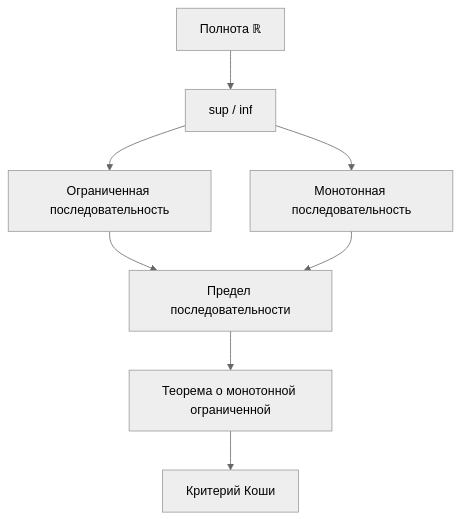
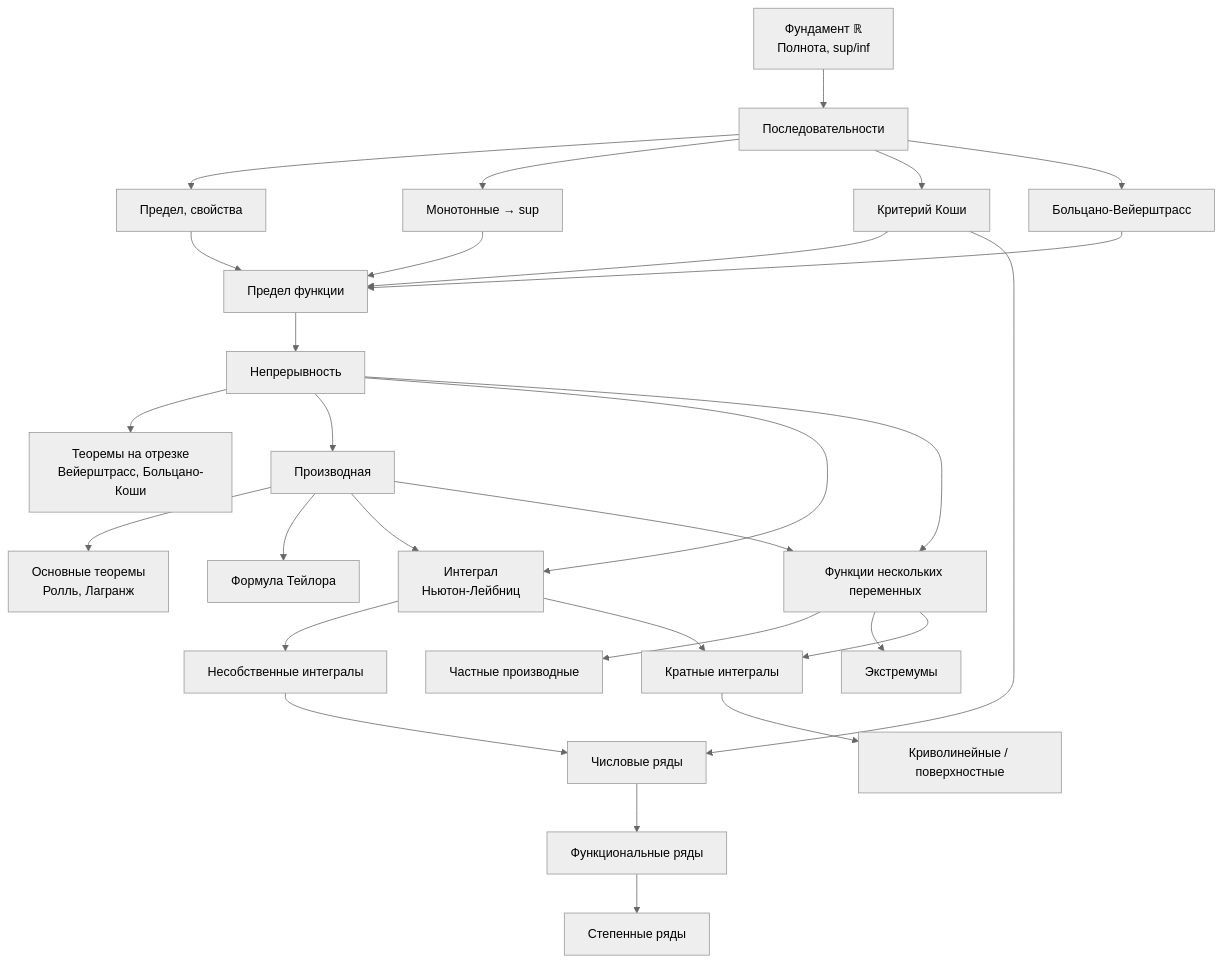
One commit to MrFl0x/MathAnalVault changed the diagram in 00_Roadmap.md. Above: the diagram before and after it, drawn with Mermaid (neutral theme). The commit also changed other lines of this file, not shown here.

Commit message:
Update roadmap to full 2-year tree, keep only worked notes

````diff
--- a/00_Roadmap.md
+++ b/00_Roadmap.md
@@ -10,10 +12,31 @@
 ```mermaid
 graph TD
-    A[Полнота ℝ] --> B[sup / inf]
-    B --> C[Ограниченная последовательность]
-    B --> D[Монотонная последовательность]
-    C --> E[Предел последовательности]
-    D --> E
-    E --> F[Теорема о монотонной ограниченной]
-    F --> G[Критерий Коши]
+    A[Фундамент ℝ<br/>Полнота, sup/inf] --> B[Последовательности]
+    
+    B --> B1[Предел, свойства]
+    B --> B2[Монотонные → sup]
+    B --> B3[Критерий Коши]
+    B --> B4[Больцано-Вейерштрасс]
+    
+    B1 & B2 & B3 & B4 --> C[Предел функции]
+    C --> D[Непрерывность]
+    D --> D1[Теоремы на отрезке<br/>Вейерштрасс, Больцано-Коши]
+    
+    D --> E[Производная]
+    E --> E1[Основные теоремы<br/>Ролль, Лагранж]
+    E --> E2[Формула Тейлора]
+    
+    E & D --> F[Интеграл<br/>Ньютон-Лейбниц]
+    F --> F1[Несобственные интегралы]
+    
+    B3 & F1 --> G[Числовые ряды]
+    G --> G1[Функциональные ряды]
+    G1 --> G2[Степенные ряды]
+    
+    D & E --> H[Функции нескольких переменных]
+    H --> H1[Частные производные]
+    H --> H2[Экстремумы]
+    
+    F & H --> I[Кратные интегралы]
+    I --> J[Криволинейные / поверхностные]
 ```
````
